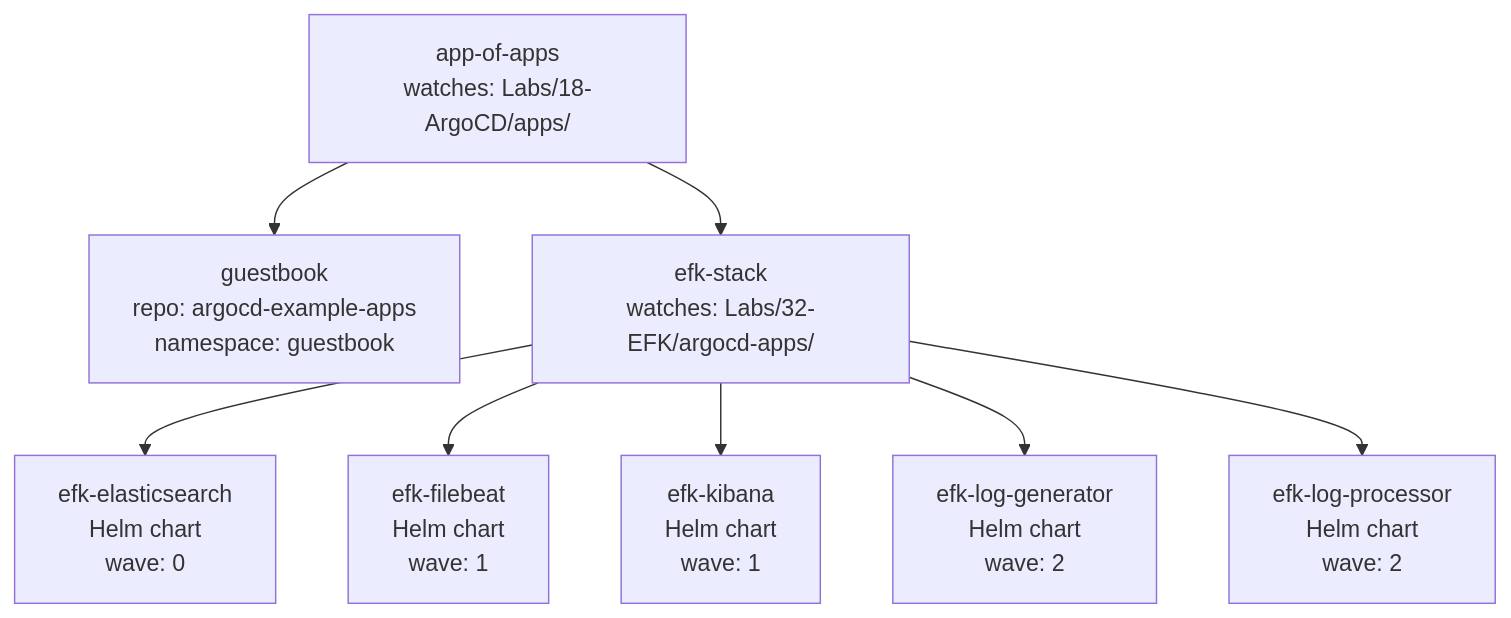
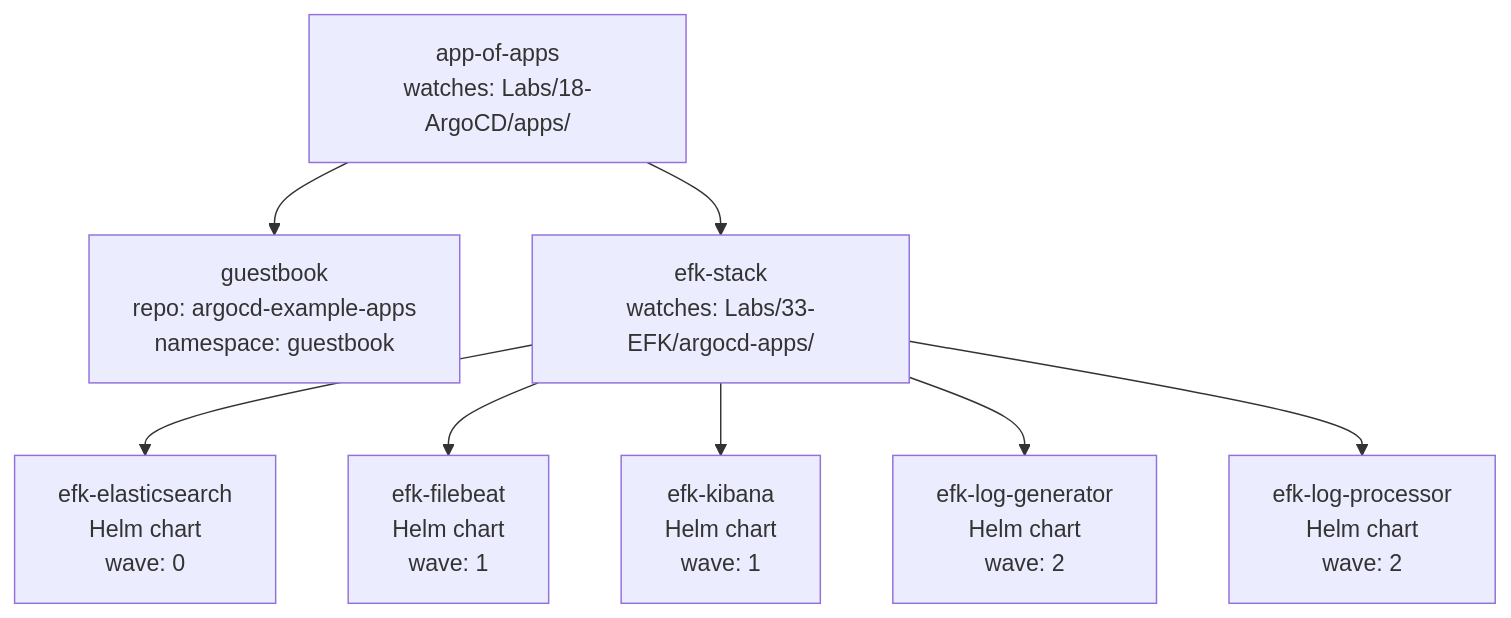
Before and after one commit to nirgeier/KubernetesLabs: the second of 4 diagrams in Labs/18-ArgoCD/README.md, drawn with Mermaid. The commit also changed other lines of this file and 308 other files, not shown here.

````diff
--- a/Labs/18-ArgoCD/README.md
+++ b/Labs/18-ArgoCD/README.md
@@ -105,13 +488,13 @@
 ```mermaid
 graph TD
     root["app-of-apps\nwatches: Labs/18-ArgoCD/apps/"]
 
     root --> guestbook["guestbook\nrepo: argocd-example-apps\nnamespace: guestbook"]
-    root --> efk["efk-stack\nwatches: Labs/32-EFK/argocd-apps/"]
+    root --> efk["efk-stack\nwatches: Labs/33-EFK/argocd-apps/"]
 
     efk --> es["efk-elasticsearch\nHelm chart\nwave: 0"]
     efk --> fb["efk-filebeat\nHelm chart\nwave: 1"]
     efk --> kb["efk-kibana\nHelm chart\nwave: 1"]
     efk --> lg["efk-log-generator\nHelm chart\nwave: 2"]
     efk --> lp["efk-log-processor\nHelm chart\nwave: 2"]
 ```
````
